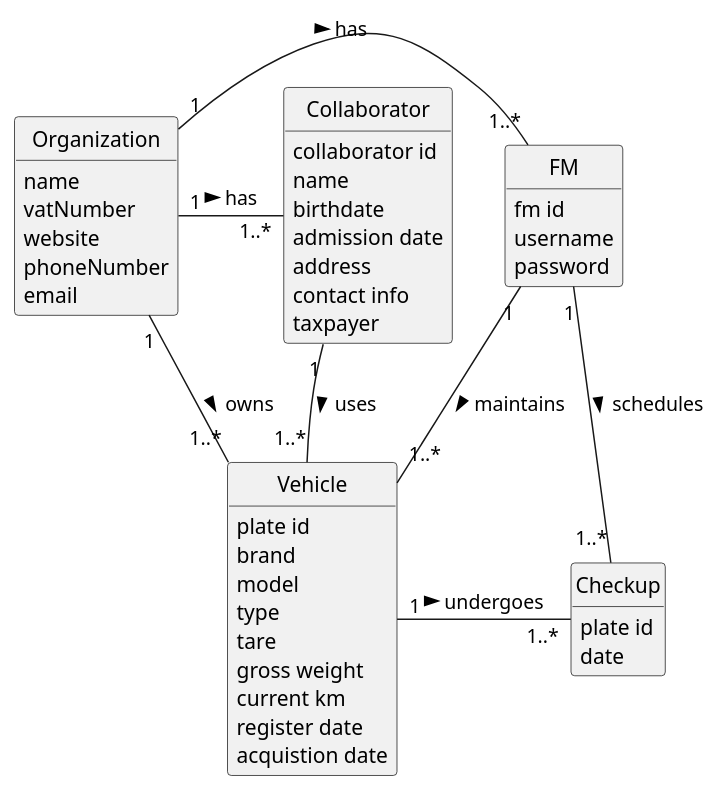
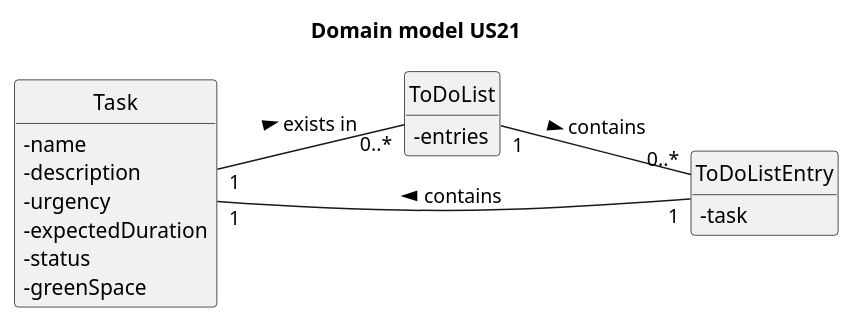
The diagram in docs/sprintC/us021/02.analysis/puml/us021-domain-model.puml (rpedros02/lei-24-s2-1DL-g08), drawn with PlantUML before and after one commit. The commit also changed 1 other file, not shown here.

```diff
--- a/docs/sprintC/us021/02.analysis/puml/us021-domain-model.puml
+++ b/docs/sprintC/us021/02.analysis/puml/us021-domain-model.puml
@@ -1,61 +1,36 @@
 @startuml
 skinparam monochrome true
 skinparam packageStyle rectangle
 skinparam shadowing false
+
+left to right direction
+
 skinparam classAttributeIconSize 0
 
 hide circle
 hide methods
 
+title Domain model US21
 
-class Organization {
-    name
-    vatNumber
-    website
-    phoneNumber
-    email
-}
-class Vehicle {
-    plate id
-    brand
-    model
-    type
-    tare
-    gross weight
-    current km
-    register date
-    acquistion date
-}
-class Collaborator {
-    collaborator id
-    name
-    birthdate
-    admission date
-    address
-    contact info
-    taxpayer
+class "Task" {
+    -name
+    -description
+    -urgency
+    -expectedDuration
+    -status
+    -greenSpace
 }
 
-class FM {
-    fm id
-    username
-    password
-
+class "ToDoListEntry" {
+    -task
 }
 
-class Checkup {
-    plate id
-    date
-
+class "ToDoList" {
+    -entries
 }
 
-Organization "1" - "1..*" FM: has >
-Organization "1" - "1..*" Collaborator: has >
-Organization "1" - "1..*" Vehicle: owns >
-Collaborator "1" -- "1..*" Vehicle: uses >
-FM "1" -- "1..*" Vehicle: maintains >
-FM "1" - "1..*" Checkup: schedules >
-Vehicle "1" - "1..*" Checkup: undergoes >
 
-
+Task "1" -- "0..*" ToDoList : exists in >
+ToDoList "1" -- "0..*" ToDoListEntry : contains >
+ToDoListEntry "1" -- "1" Task : contains >
 @enduml
```
